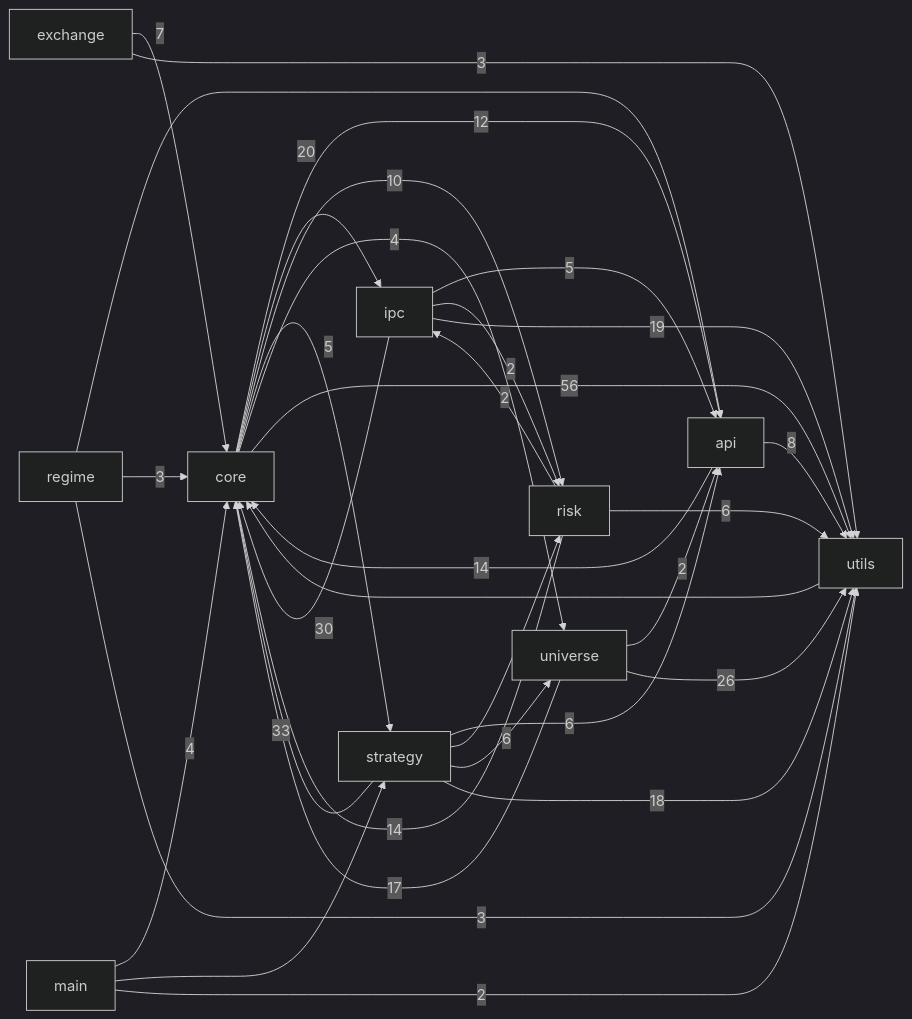
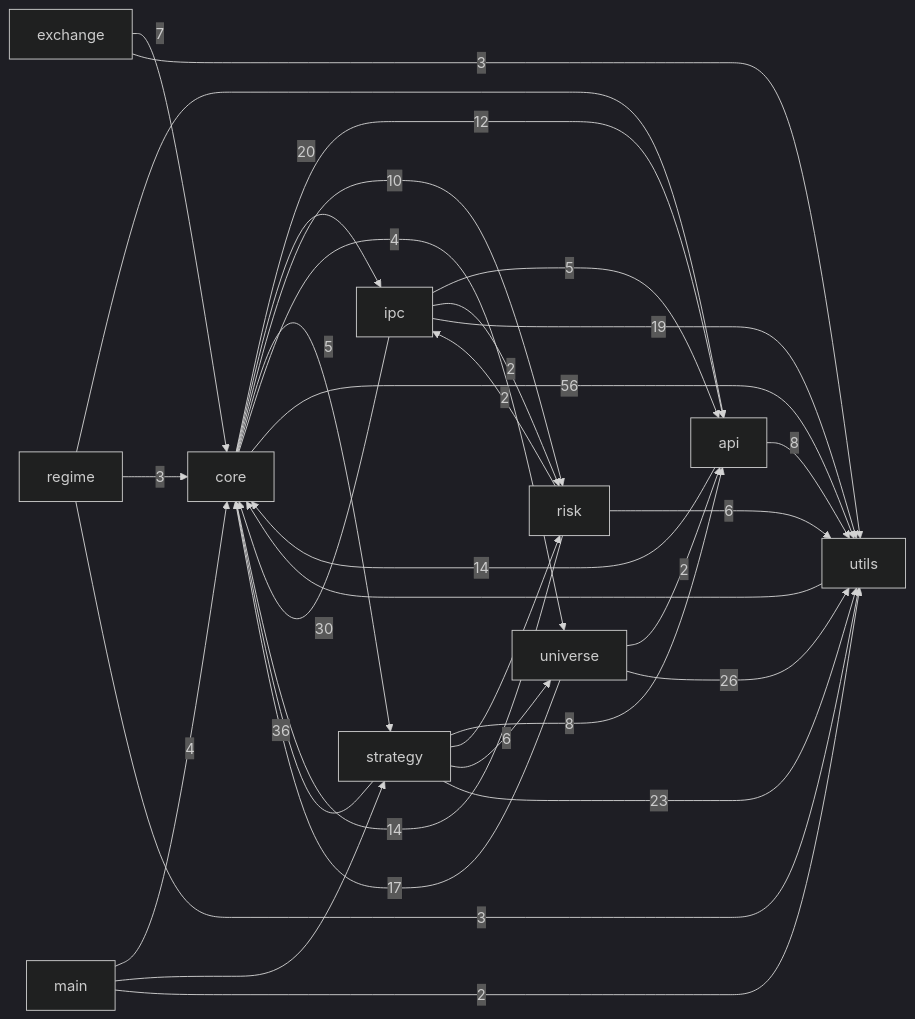
The first of 3 diagrams in docs/CODE_GRAPH.md (pypy8171/Quant), drawn with Mermaid (dark theme) before and after one commit. The commit also changed other lines of this file and 25 other files, not shown here.

````diff
--- a/docs/CODE_GRAPH.md
+++ b/docs/CODE_GRAPH.md
@@ -10,45 +10,45 @@
 ```mermaid
 graph LR
   main[main]
   core[core]
   strategy[strategy]
   api[api]
   universe[universe]
   risk[risk]
   ipc[ipc]
   utils[utils]
   exchange[exchange]
   regime[regime]
   api -->|14| core
   api -->|8| utils
   core -->|12| api
   core -->|20| ipc
   core -->|10| risk
   core -->|5| strategy
   core -->|4| universe
   core -->|56| utils
   exchange -->|7| core
   exchange -->|3| utils
   ipc -->|5| api
   ipc -->|30| core
   ipc -->|2| risk
   ipc -->|19| utils
   main -->|4| core
   main --> strategy
   main -->|2| utils
   regime --> api
   regime -->|3| core
   regime -->|3| utils
   risk -->|14| core
   risk -->|2| ipc
   risk -->|6| utils
-  strategy -->|6| api
-  strategy -->|33| core
+  strategy -->|8| api
+  strategy -->|36| core
   strategy --> risk
   strategy -->|6| universe
-  strategy -->|18| utils
+  strategy -->|23| utils
   universe -->|2| api
   universe -->|17| core
   universe -->|26| utils
   utils --> core
 ```
````
